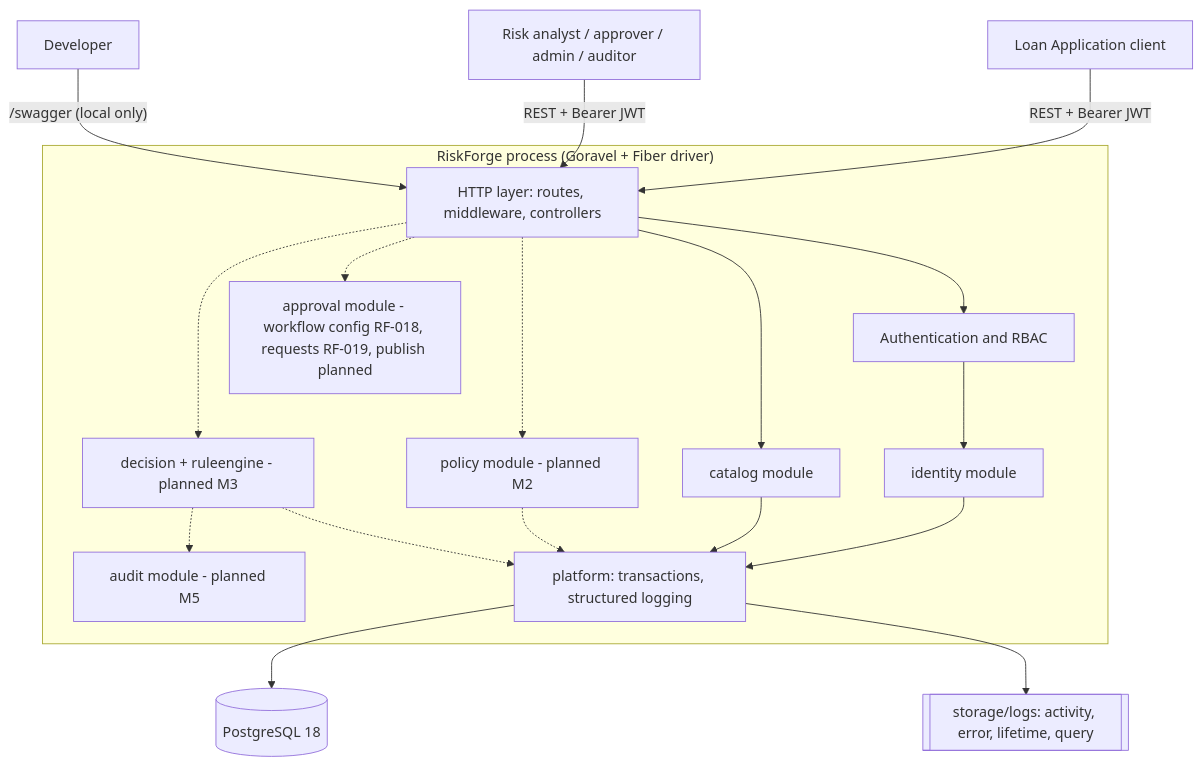
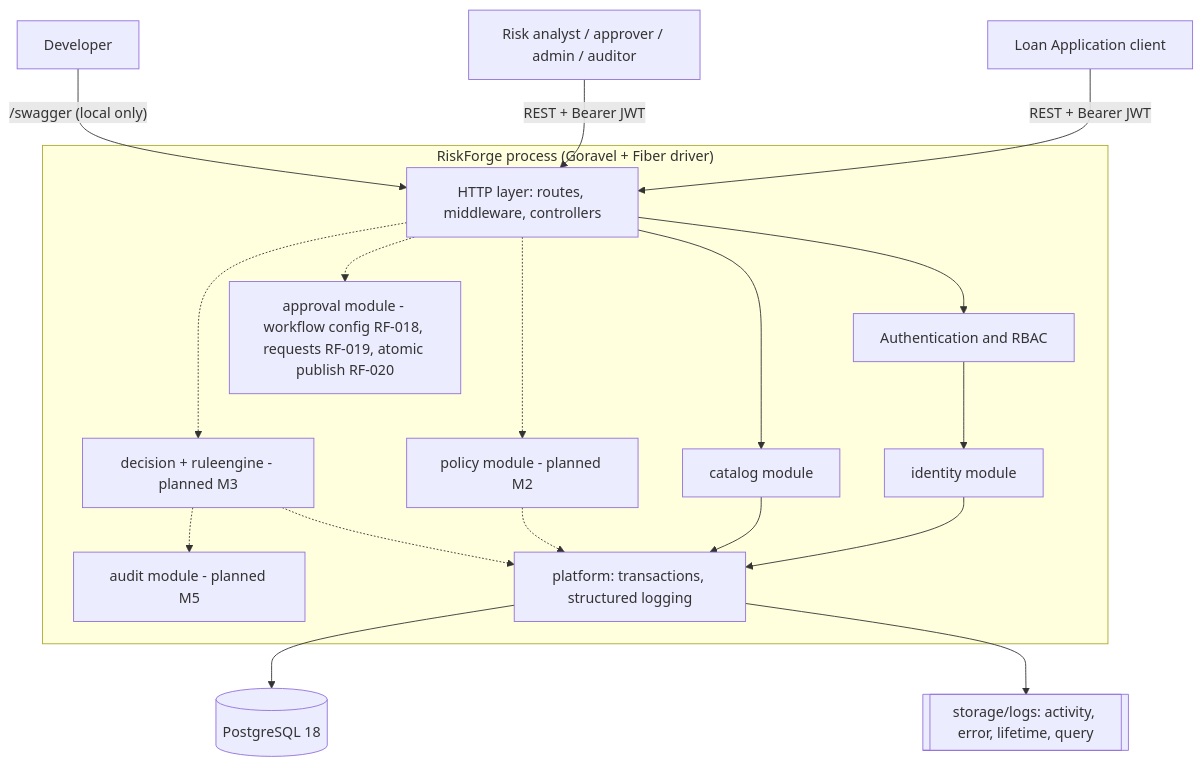
The first of 4 diagrams in docs/ARCHITECTURE.md (lathief/RiskForge), drawn with Mermaid before and after one commit. The commit also changed other lines of this file and 29 other files, not shown here.

````diff
--- a/docs/ARCHITECTURE.md
+++ b/docs/ARCHITECTURE.md
@@ -7,25 +7,25 @@
 ```mermaid
 flowchart TD
     LoanApp[Loan Application client] -->|"REST + Bearer JWT"| API
     Staff[Risk analyst / approver / admin / auditor] -->|"REST + Bearer JWT"| API
     Dev[Developer] -->|"/swagger (local only)"| API
 
     subgraph Process["RiskForge process (Goravel + Fiber driver)"]
         API[HTTP layer: routes, middleware, controllers]
         API --> AUTH[Authentication and RBAC]
         AUTH --> IDENTITY[identity module]
         API --> CATALOG[catalog module]
         API -.-> POLICY[policy module - planned M2]
         API -.-> ENGINE[decision + ruleengine - planned M3]
-        API -.-> APPROVAL[approval module - workflow config RF-018, requests RF-019, publish planned]
+        API -.-> APPROVAL[approval module - workflow config RF-018, requests RF-019, atomic publish RF-020]
         ENGINE -.-> AUDIT[audit module - planned M5]
         PLATFORM[platform: transactions, structured logging]
     end
 
     IDENTITY --> PLATFORM
     CATALOG --> PLATFORM
     POLICY -.-> PLATFORM
     ENGINE -.-> PLATFORM
     PLATFORM --> DB[(PostgreSQL 18)]
     PLATFORM --> LOGS[[storage/logs: activity, error, lifetime, query]]
 ```
````
